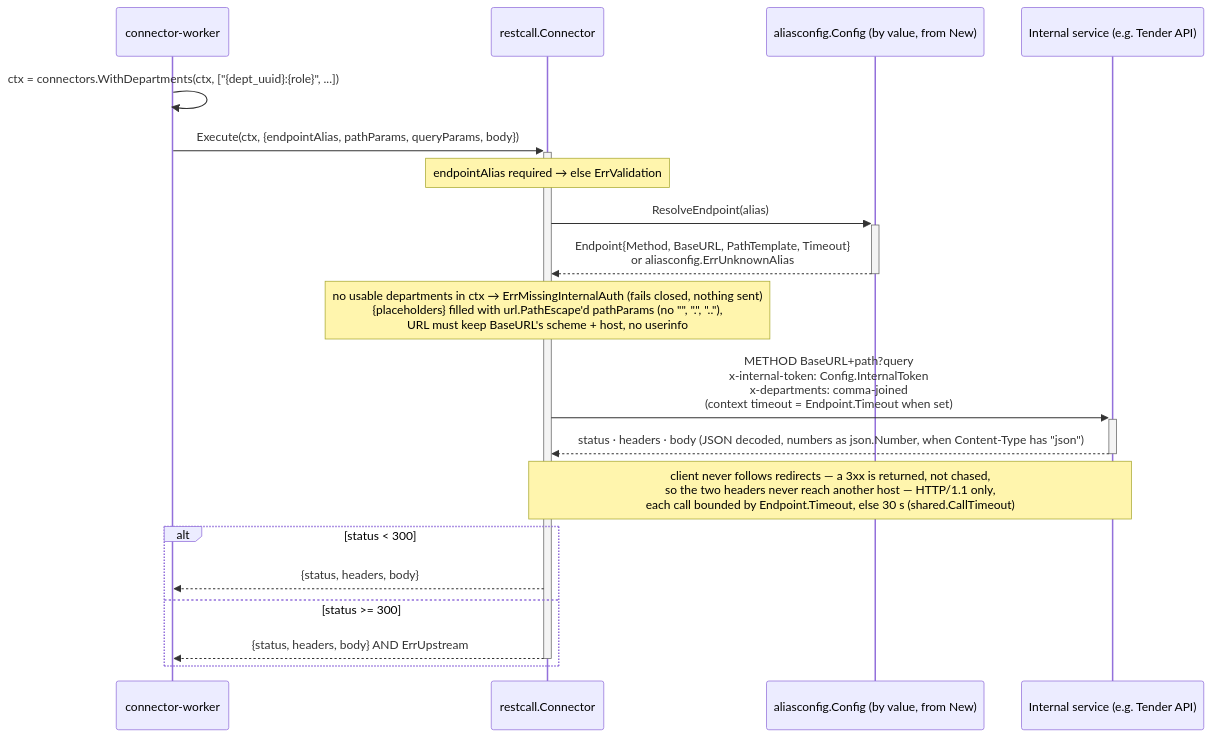
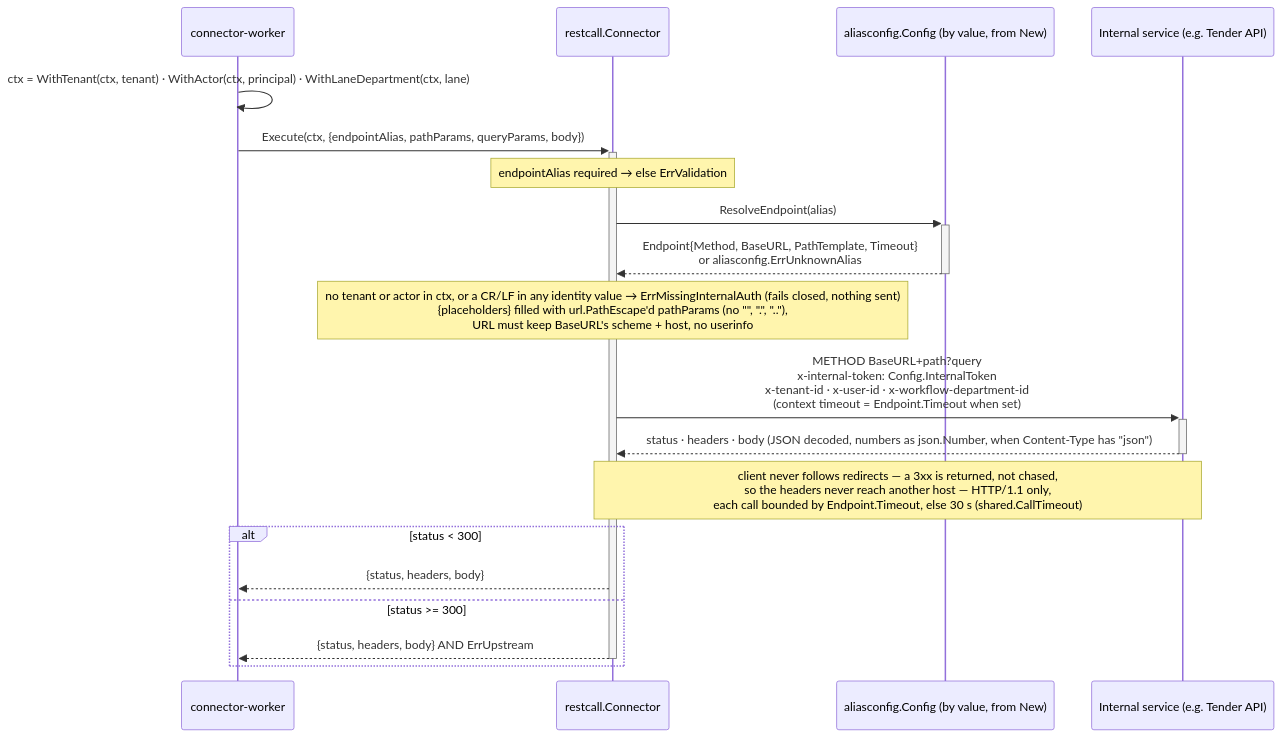
One commit to BCBP-SOLUTIONS-FZC-LLC/workflow-connectors changed the diagram in docs/architecture/mermaid/internal-auth-flow.mmd. Above: the diagram before and after it, drawn with Mermaid. The commit also changed 40 other files, not shown here.

```diff
--- a/docs/architecture/mermaid/internal-auth-flow.mmd
+++ b/docs/architecture/mermaid/internal-auth-flow.mmd
@@ -1,20 +1,20 @@
 sequenceDiagram
     participant W as connector-worker
     participant R as restcall.Connector
     participant AC as aliasconfig.Config (by value, from New)
     participant S as Internal service (e.g. Tender API)
 
-    W ->> W: ctx = connectors.WithDepartments(ctx, ["{dept_uuid}:{role}", ...])
+    W ->> W: ctx = WithTenant(ctx, tenant) · WithActor(ctx, principal) · WithLaneDepartment(ctx, lane)
     W ->>+ R: Execute(ctx, {endpointAlias, pathParams, queryParams, body})
     Note over R: endpointAlias required → else ErrValidation
     R ->>+ AC: ResolveEndpoint(alias)
     AC -->>- R: Endpoint{Method, BaseURL, PathTemplate, Timeout}<br/>or aliasconfig.ErrUnknownAlias
-    Note over R: no usable departments in ctx → ErrMissingInternalAuth (fails closed, nothing sent)<br/>{placeholders} filled with url.PathEscape'd pathParams (no "", ".", ".."),<br/>URL must keep BaseURL's scheme + host, no userinfo
-    R ->>+ S: METHOD BaseURL+path?query<br/>x-internal-token: Config.InternalToken<br/>x-departments: comma-joined<br/>(context timeout = Endpoint.Timeout when set)
+    Note over R: no tenant or actor in ctx, or a CR/LF in any identity value → ErrMissingInternalAuth (fails closed, nothing sent)<br/>{placeholders} filled with url.PathEscape'd pathParams (no "", ".", ".."),<br/>URL must keep BaseURL's scheme + host, no userinfo
+    R ->>+ S: METHOD BaseURL+path?query<br/>x-internal-token: Config.InternalToken<br/>x-tenant-id · x-user-id · x-workflow-department-id<br/>(context timeout = Endpoint.Timeout when set)
     S -->>- R: status · headers · body (JSON decoded, numbers as json.Number, when Content-Type has "json")
-    Note over R,S: client never follows redirects — a 3xx is returned, not chased,<br/>so the two headers never reach another host — HTTP/1.1 only,<br/>each call bounded by Endpoint.Timeout, else 30 s (shared.CallTimeout)
+    Note over R,S: client never follows redirects — a 3xx is returned, not chased,<br/>so the headers never reach another host — HTTP/1.1 only,<br/>each call bounded by Endpoint.Timeout, else 30 s (shared.CallTimeout)
     alt status < 300
         R -->> W: {status, headers, body}
     else status >= 300
         R -->>- W: {status, headers, body} AND ErrUpstream
     end
```
